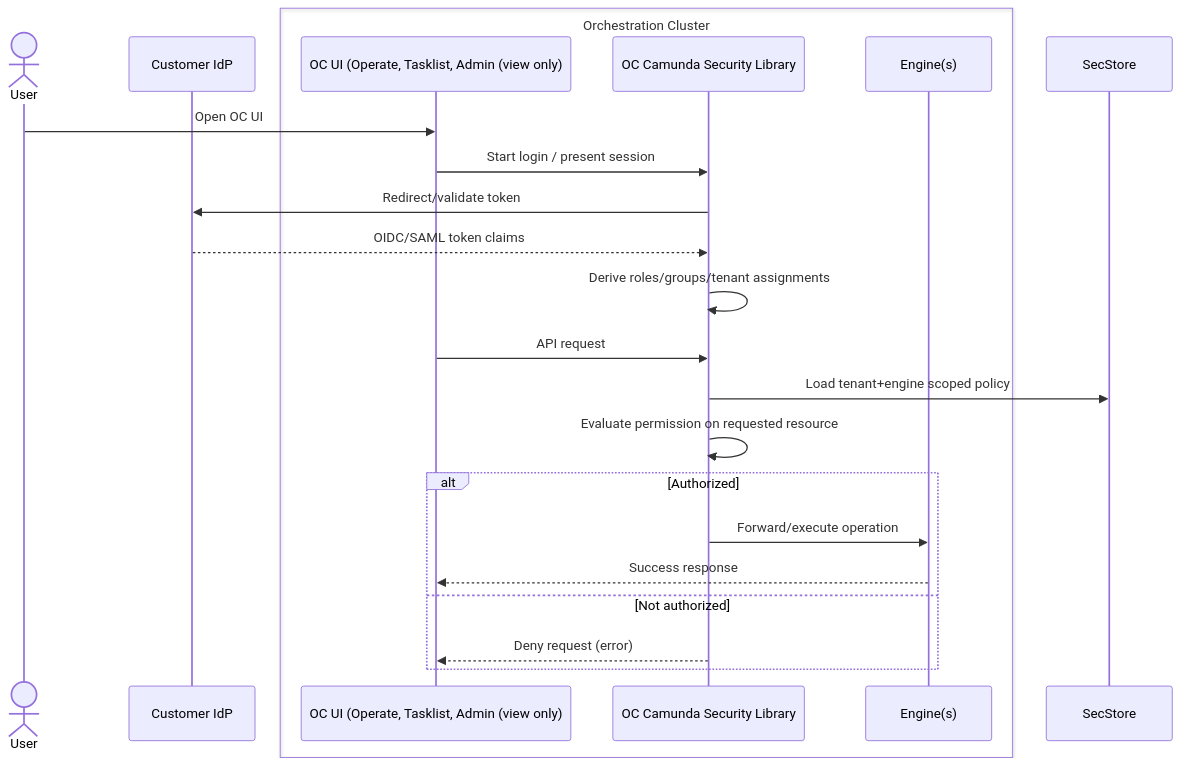
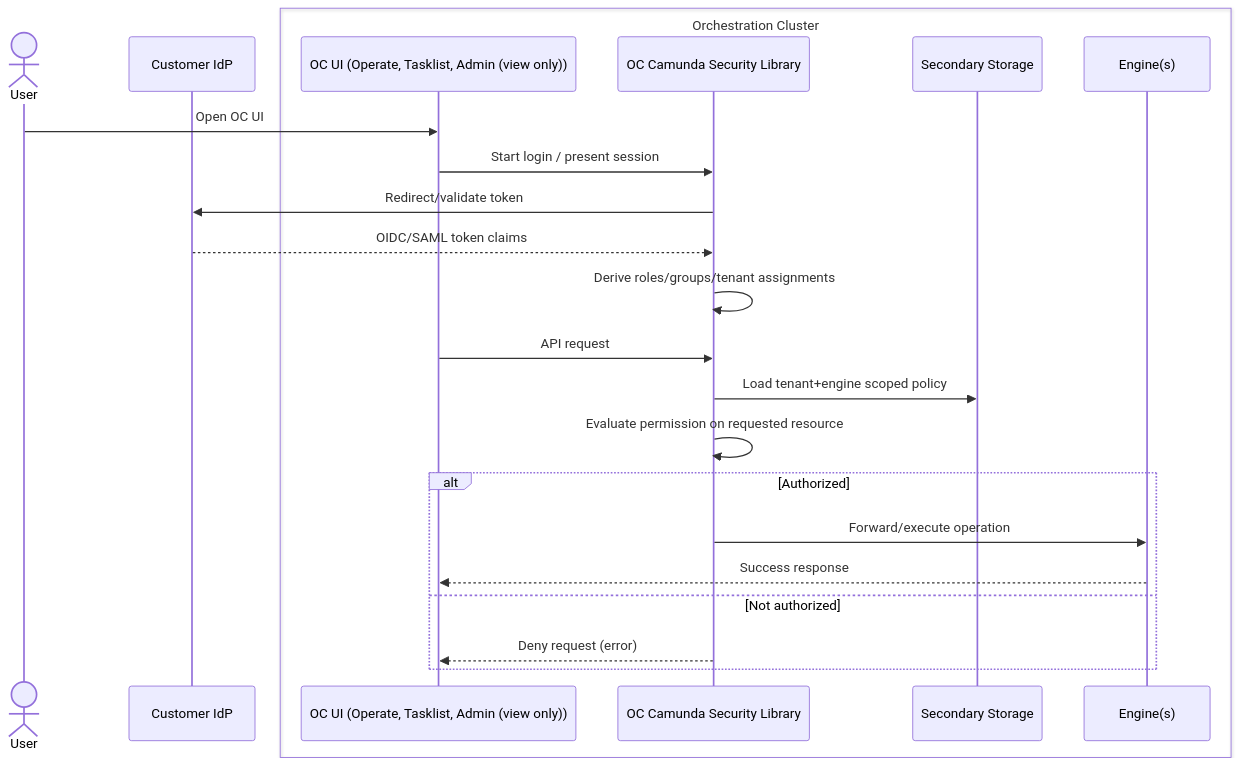
Before and after one commit to camunda/camunda-security-library: diagram 15 of 20 in docs/architecture_docs.md, drawn with Mermaid. The commit also changed other lines of this file and 7 other files, not shown here.

````diff
--- a/docs/architecture_docs.md
+++ b/docs/architecture_docs.md
@@ -1387,26 +1385,27 @@
 ```mermaid
 sequenceDiagram
   actor User
   participant IdP as Customer IdP
   box Orchestration Cluster
-    participant OcUi as OC UI (Operate, Tasklist, Admin (view only)
+    participant OcUi as OC UI (Operate, Tasklist, Admin (view only))
     participant OCSLF as OC Camunda Security Library
+    participant SecStore as Secondary Storage
     participant Engine as Engine(s)
   end
 
   User->>OcUi: Open OC UI
   OcUi->>OCSLF: Start login / present session
   OCSLF->>IdP: Redirect/validate token
   IdP-->>OCSLF: OIDC/SAML token claims
   OCSLF->>OCSLF: Derive roles/groups/tenant assignments
 
   OcUi->>OCSLF: API request
   OCSLF->>SecStore: Load tenant+engine scoped policy
   OCSLF->>OCSLF: Evaluate permission on requested resource
   alt Authorized
     OCSLF->>Engine: Forward/execute operation
     Engine-->>OcUi: Success response
   else Not authorized
     OCSLF-->>OcUi: Deny request (error)
   end
 ```
````
